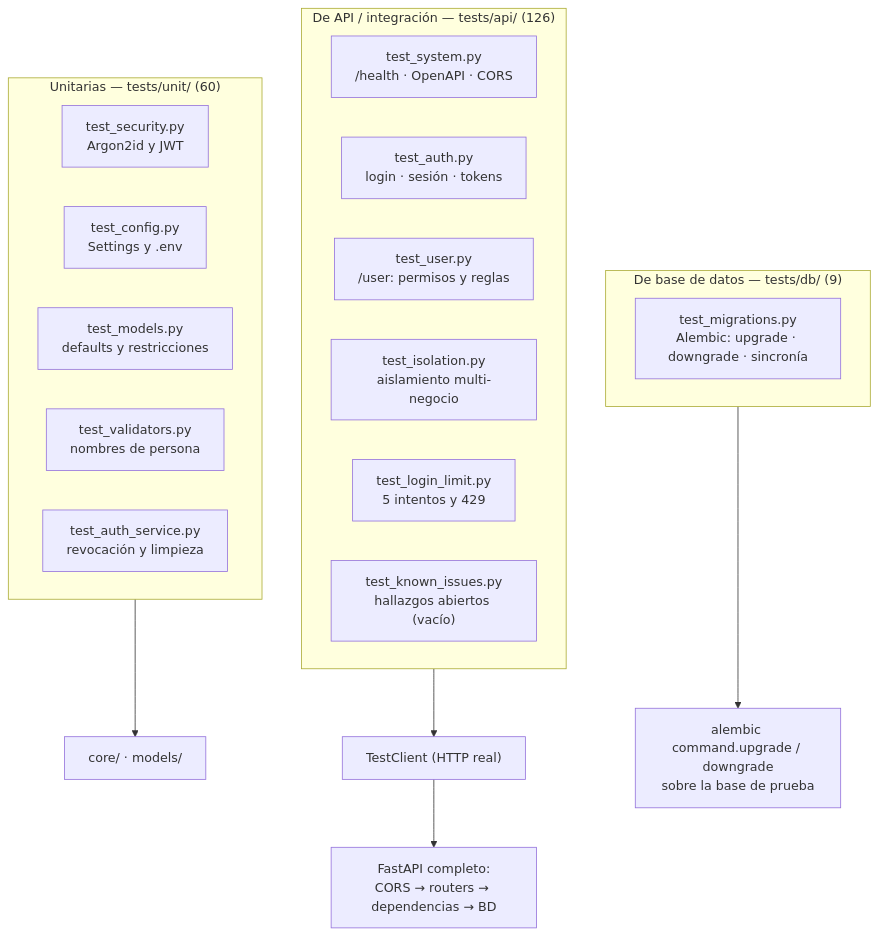
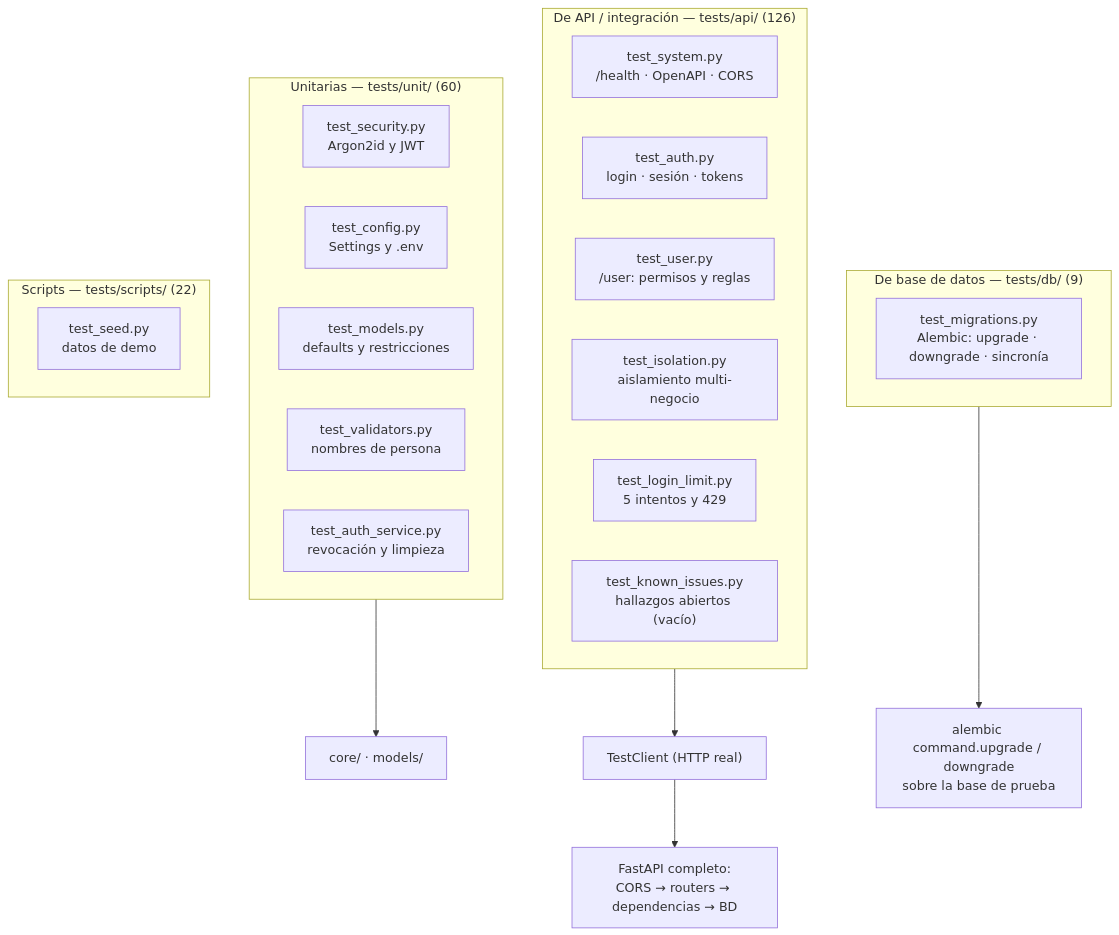
One commit to AGA-Studio/Member-Web changed the second of 8 diagrams in docs/TESTING.md. Above: the diagram before and after it, drawn with Mermaid. The commit also changed other lines of this file, not shown here.

Commit message:
docs: documentar pruebas del seed

````diff
--- a/docs/TESTING.md
+++ b/docs/TESTING.md
@@ -107,27 +108,31 @@
 ```mermaid
 flowchart TB
     subgraph UNIT["Unitarias — tests/unit/ (60)"]
         U1["test_security.py<br/>Argon2id y JWT"]
         U2["test_config.py<br/>Settings y .env"]
         U3["test_models.py<br/>defaults y restricciones"]
         U4["test_validators.py<br/>nombres de persona"]
         U5["test_auth_service.py<br/>revocación y limpieza"]
     end
 
     subgraph API["De API / integración — tests/api/ (126)"]
         A1["test_system.py<br/>/health · OpenAPI · CORS"]
         A2["test_auth.py<br/>login · sesión · tokens"]
         A3["test_user.py<br/>/user: permisos y reglas"]
         A4["test_isolation.py<br/>aislamiento multi-negocio"]
         A5["test_login_limit.py<br/>5 intentos y 429"]
         A6["test_known_issues.py<br/>hallazgos abiertos (vacío)"]
     end
 
     subgraph DBT["De base de datos — tests/db/ (9)"]
         D1["test_migrations.py<br/>Alembic: upgrade · downgrade · sincronía"]
     end
 
+    subgraph SCT["Scripts — tests/scripts/ (22)"]
+        S1["test_seed.py<br/>datos de demo"]
+    end
+
     UNIT --> CODE["core/ · models/"]
     API --> HTTP["TestClient (HTTP real)"] --> APP["FastAPI completo:<br/>CORS → routers → dependencias → BD"]
     DBT --> ALE["alembic command.upgrade / downgrade<br/>sobre la base de prueba"]
 ```
````
